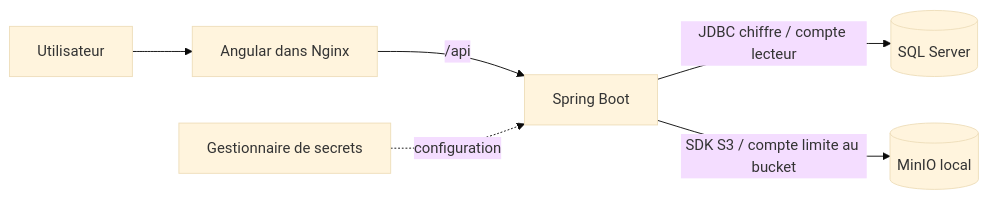
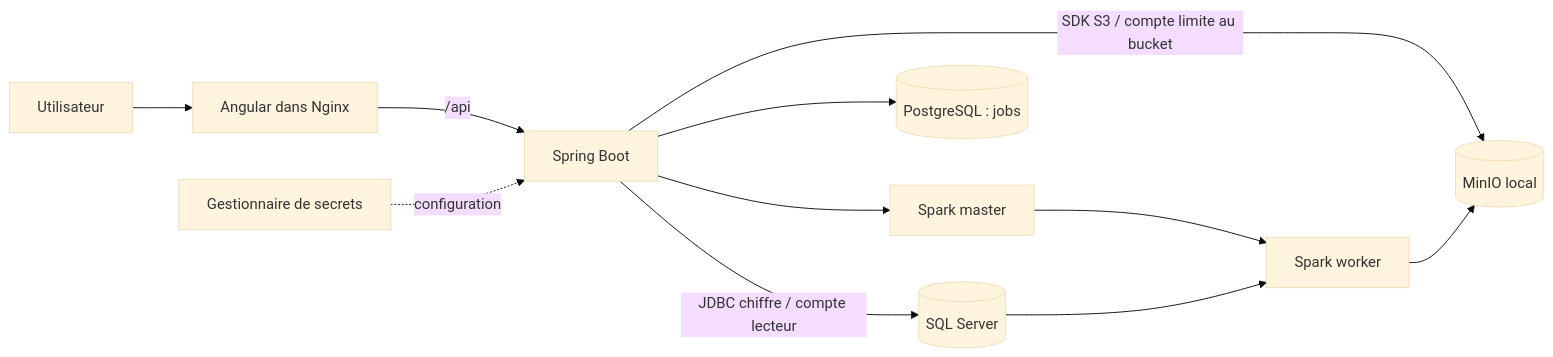
One commit to l8haitham-ctrl/distibuteddatam2 changed the first of 2 diagrams in docs/architecture-cloud.md. Above: the diagram before and after it, drawn with Mermaid (base theme). The commit also changed other lines of this file and 30 other files, not shown here.

Commit message:
Add persistent storage jobs with Spark Parquet ingestion

````diff
--- a/docs/architecture-cloud.md
+++ b/docs/architecture-cloud.md
@@ -15,8 +16,12 @@
 ```mermaid
 flowchart LR
     U[Utilisateur] --> F[Angular dans Nginx]
     F -->|/api| B[Spring Boot]
     B -->|JDBC chiffre / compte lecteur| DB[(SQL Server)]
     B -->|SDK S3 / compte limite au bucket| M[(MinIO local)]
+    B --> PG[(PostgreSQL : jobs)]
+    B --> SM[Spark master]
+    SM --> SW[Spark worker]
+    DB --> SW --> M
     S[Gestionnaire de secrets] -. configuration .-> B
 ```
````
